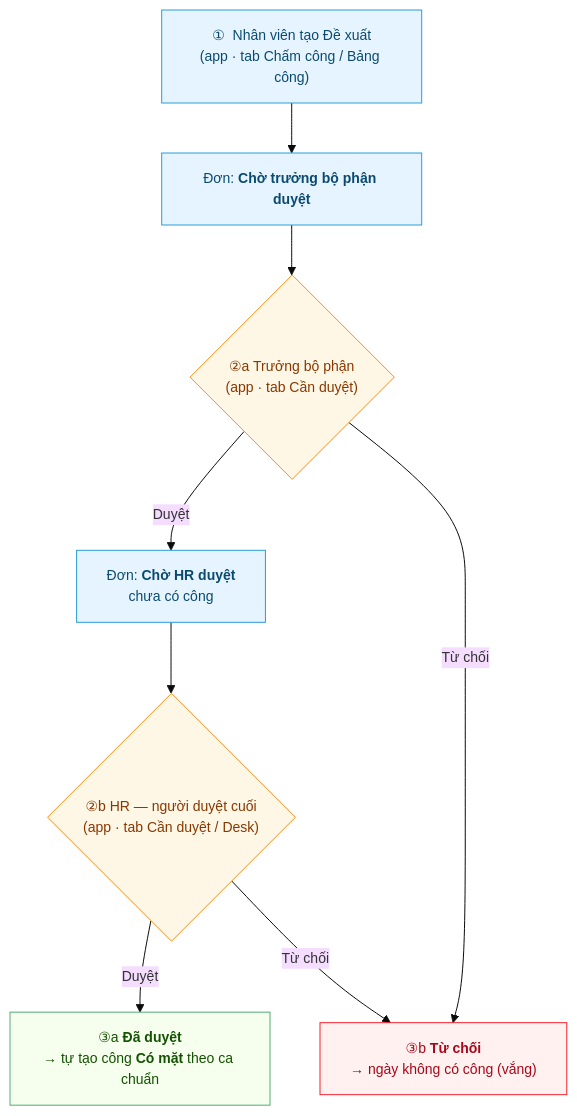
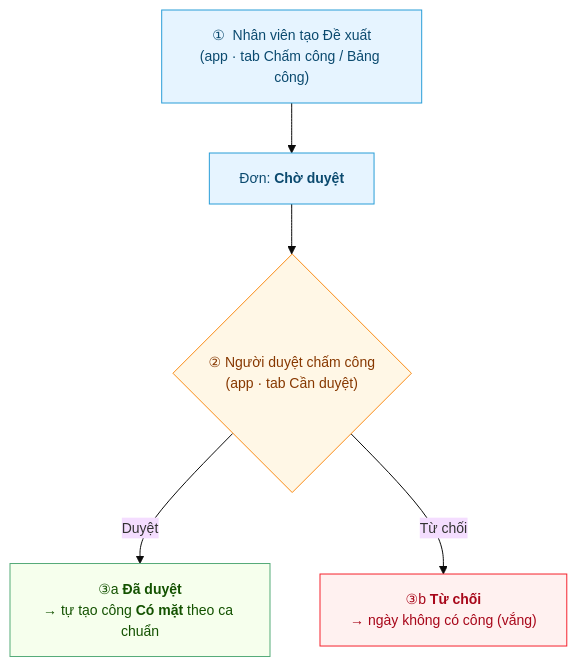
One commit to CobeGroup/cobe_erp_documents changed the diagram in users/Hanh-Trinh-Cham-Cong-Bu.md. Above: the diagram before and after it, drawn with Mermaid. The commit also changed other lines of this file and 14 other files, not shown here.

````diff
--- a/users/Hanh-Trinh-Cham-Cong-Bu.md
+++ b/users/Hanh-Trinh-Cham-Cong-Bu.md
@@ -31,20 +32,16 @@
 ```mermaid
 %%{init:{'theme':'base','themeVariables':{'fontSize':'14px'}}}%%
 flowchart TB
   classDef nv fill:#e6f4ff,stroke:#299dd8,color:#0b4a6f;
   classDef mg fill:#fff7e6,stroke:#fa8c16,color:#873800;
   classDef ok fill:#f6ffed,stroke:#54ab78,color:#135200;
   classDef r fill:#fff1f0,stroke:#f5222d,color:#a8071a;
   A["①  Nhân viên tạo Đề xuất<br/>(app · tab Chấm công / Bảng công)"]:::nv
-  B["Đơn: <b>Chờ trưởng bộ phận duyệt</b>"]:::nv
-  C{"②a  Trưởng bộ phận<br/>(app · tab Cần duyệt)"}:::mg
-  H["Đơn: <b>Chờ HR duyệt</b><br/>chưa có công"]:::nv
-  C2{"②b  HR — người duyệt cuối<br/>(app · tab Cần duyệt / Desk)"}:::mg
+  B["Đơn: <b>Chờ duyệt</b>"]:::nv
+  C{"②  Người duyệt chấm công<br/>(app · tab Cần duyệt)"}:::mg
   D["③a <b>Đã duyệt</b><br/>→ tự tạo công <b>Có mặt</b> theo ca chuẩn"]:::ok
   E["③b <b>Từ chối</b><br/>→ ngày không có công (vắng)"]:::r
   A --> B --> C
-  C -- "Duyệt" --> H --> C2
-  C2 -- "Duyệt" --> D
+  C -- "Duyệt" --> D
   C -- "Từ chối" --> E
-  C2 -- "Từ chối" --> E
 ```
````
